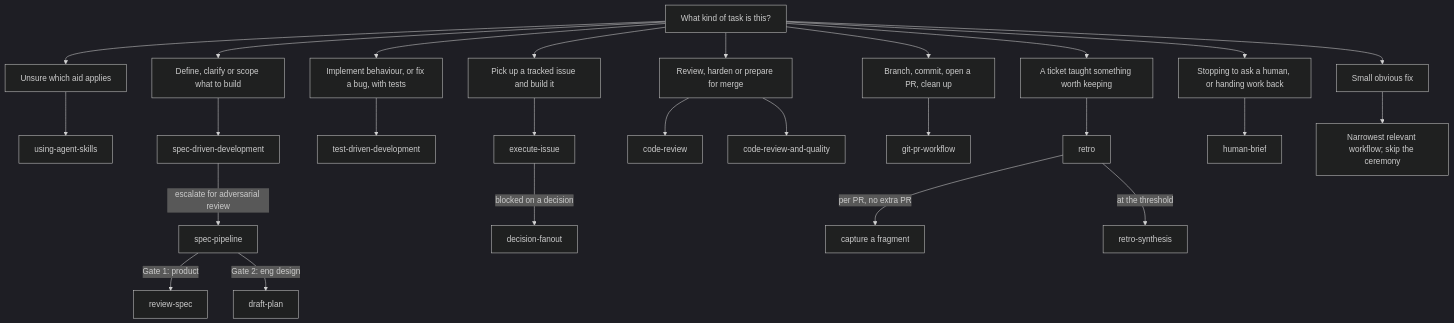
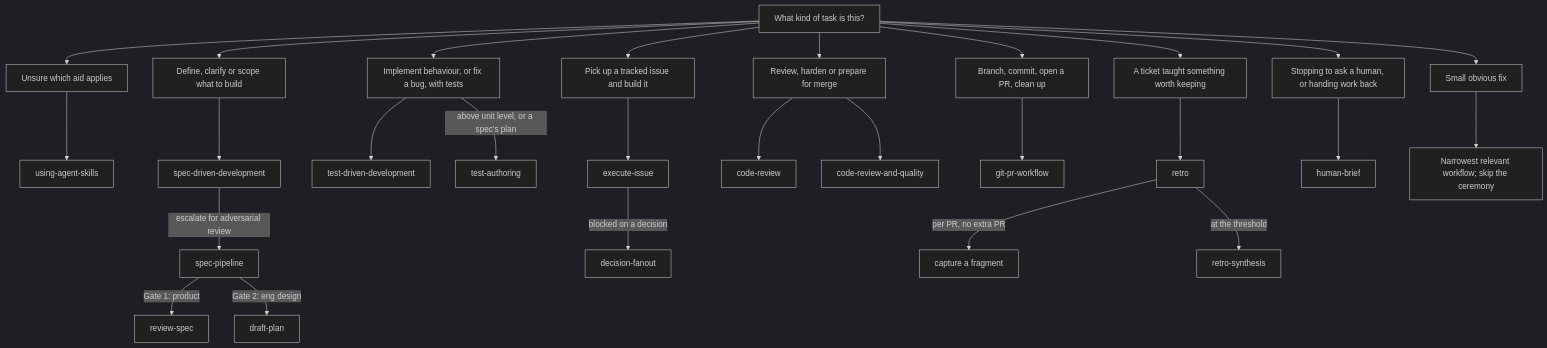
One commit to arbor-ai-inc/cadence changed the diagram in reference/README.md. Above: the diagram before and after it, drawn with Mermaid (dark theme). The commit also changed other lines of this file and 28 other files, not shown here.

````diff
--- a/reference/README.md
+++ b/reference/README.md
@@ -11,38 +11,39 @@
 ```mermaid
 flowchart TD
   A["What kind of task is this?"]
 
   A --> META["Unsure which aid applies"]
   META --> UAS["using-agent-skills"]
 
   A --> B["Define, clarify or scope what to build"]
   B --> SDD["spec-driven-development"]
   SDD -->|"escalate for adversarial review"| PIPE["spec-pipeline"]
   PIPE -->|"Gate 1: product"| RS["review-spec"]
   PIPE -->|"Gate 2: eng design"| DP["draft-plan"]
 
   A --> C["Implement behaviour, or fix a bug, with tests"]
   C --> TDD["test-driven-development"]
+  C -->|"above unit level, or a spec's plan"| TA["test-authoring"]
 
   A --> I["Pick up a tracked issue and build it"]
   I --> EI["execute-issue"]
   EI -->|"blocked on a decision"| DF["decision-fanout"]
 
   A --> D["Review, harden or prepare for merge"]
   D --> CR["code-review"]
   D --> CRQ["code-review-and-quality"]
 
   A --> G["Branch, commit, open a PR, clean up"]
   G --> GIT["git-pr-workflow"]
 
   A --> H["A ticket taught something worth keeping"]
   H --> RETRO["retro"]
   RETRO -->|"per PR, no extra PR"| CAP["capture a fragment"]
   RETRO -->|"at the threshold"| RSY["retro-synthesis"]
 
   A --> S["Stopping to ask a human, or handing work back"]
   S --> HB["human-brief"]
 
   A --> E["Small obvious fix"]
   E --> SMALL["Narrowest relevant workflow; skip the ceremony"]
 ```
````
